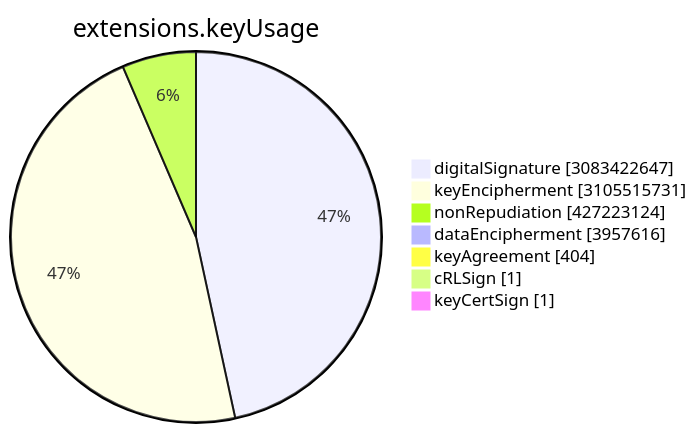
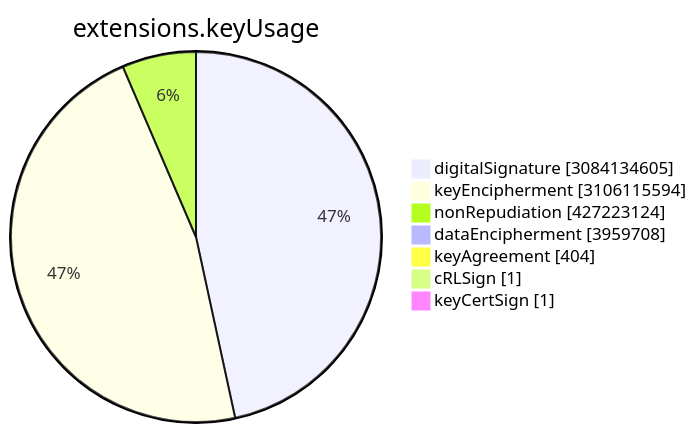
One commit to christiankrug/ctmonitor_visualization changed the sixth of 15 diagrams in TOTAL/README.md. Above: the diagram before and after it, drawn with Mermaid. The commit also changed other lines of this file, not shown here.

````diff
--- a/TOTAL/README.md
+++ b/TOTAL/README.md
@@ -3077,11 +3077,11 @@
 ```mermaid
 pie showData
 title extensions.keyUsage
-"digitalSignature" :3083422647
-"keyEncipherment" :3105515731
+"digitalSignature" :3084134605
+"keyEncipherment" :3106115594
 "nonRepudiation" :427223124
-"dataEncipherment" :3957616
+"dataEncipherment" :3959708
 "keyAgreement" :404
 "cRLSign" :1
 "keyCertSign" :1
 ```
````
